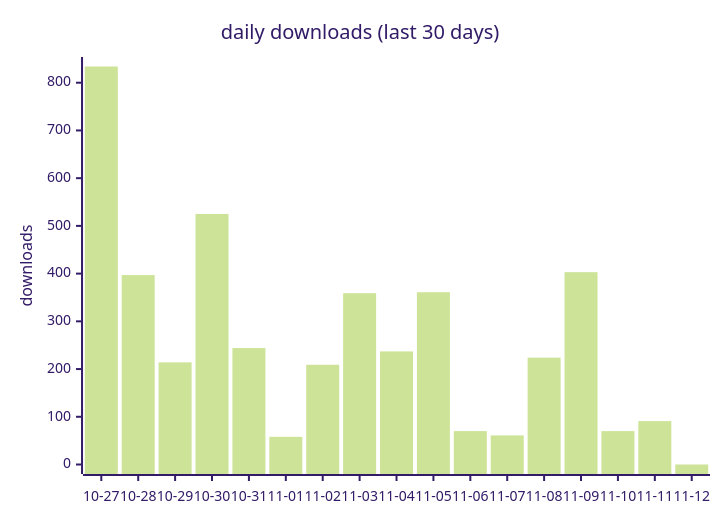
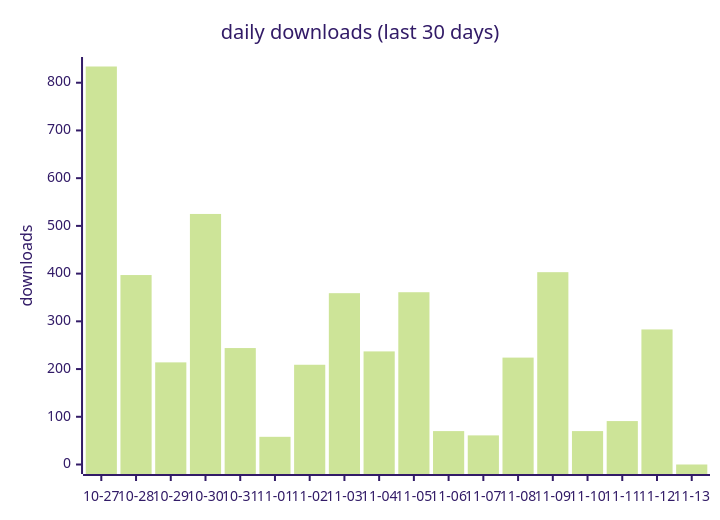
The first of 2 diagrams in docs/downloads-2026.md (terry2010/dsh-rss-news-daily), drawn with Mermaid (forest theme) before and after one commit. The commit also changed other lines of this file and 1 other file, not shown here.

````diff
--- a/docs/downloads-2026.md
+++ b/docs/downloads-2026.md
@@ -19,7 +19,7 @@
 ```mermaid
 xychart-beta
     title "daily downloads (last 30 days)"
-    x-axis ["10-27", "10-28", "10-29", "10-30", "10-31", "11-01", "11-02", "11-03", "11-04", "11-05", "11-06", "11-07", "11-08", "11-09", "11-10", "11-11", "11-12"]
+    x-axis ["10-27", "10-28", "10-29", "10-30", "10-31", "11-01", "11-02", "11-03", "11-04", "11-05", "11-06", "11-07", "11-08", "11-09", "11-10", "11-11", "11-12", "11-13"]
     y-axis "downloads" 0 --> 834
-    bar [834, 397, 214, 525, 244, 58, 209, 359, 237, 361, 70, 61, 224, 403, 70, 91, 0]
+    bar [834, 397, 214, 525, 244, 58, 209, 359, 237, 361, 70, 61, 224, 403, 70, 91, 283, 0]
 ```
````
